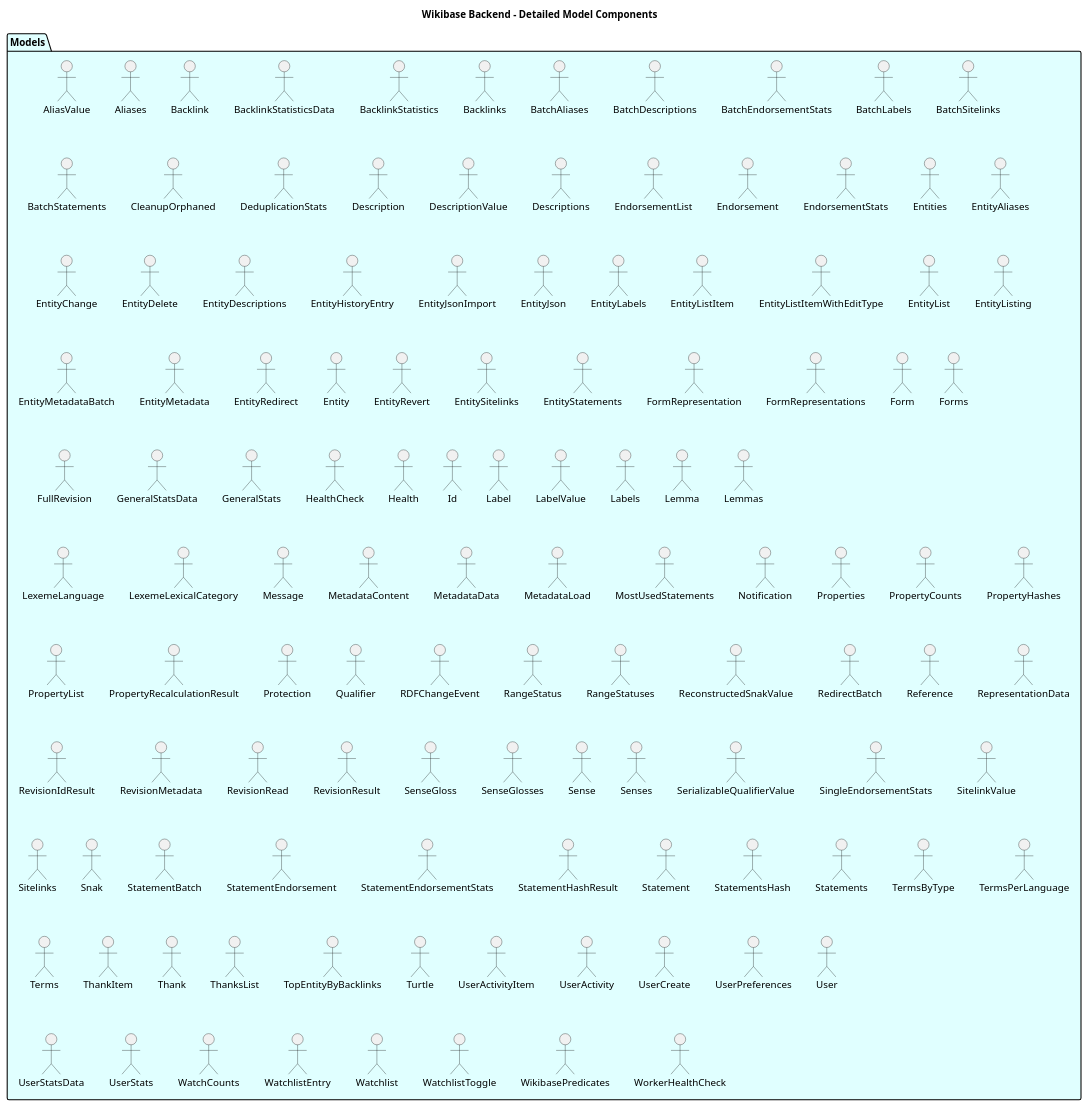
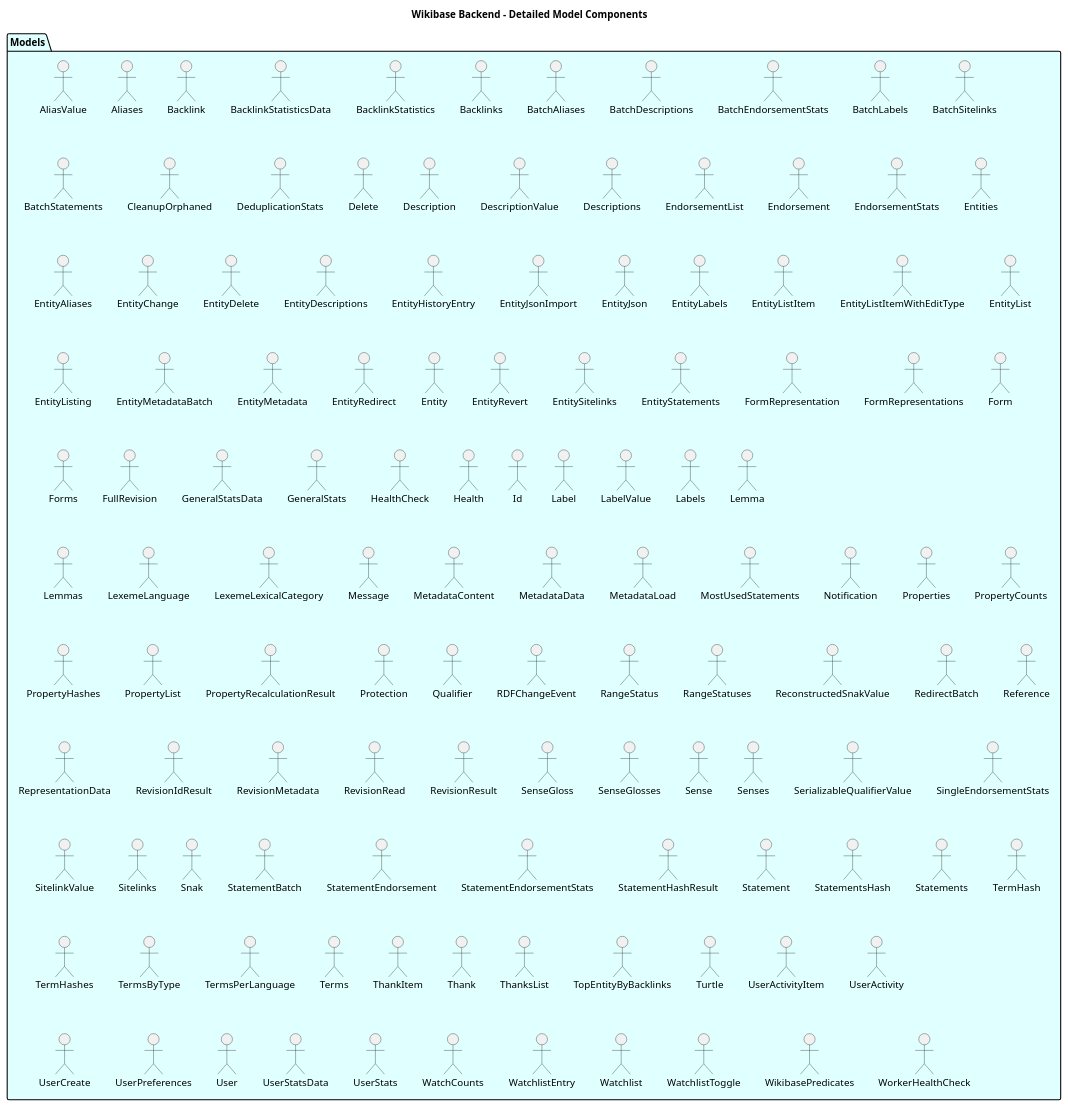
One commit to dpriskorn/entitybase-backend changed the diagram in docs/DIAGRAMS/detailed_model_components.puml. Above: the diagram before and after it, drawn with PlantUML. The commit also changed 15 other files, not shown here.

Commit message:
Update documentation: regenerate diagrams and TREE.md

```diff
--- a/docs/DIAGRAMS/detailed_model_components.puml
+++ b/docs/DIAGRAMS/detailed_model_components.puml
@@ -1,126 +1,129 @@
 @startuml Detailed Model Components
 
 title Wikibase Backend - Detailed Model Components
 
 package "Models" as Models #LightCyan {
     "AliasValue" as AliasValue
     "Aliases" as AliasesResponse
     "Backlink" as BacklinkResponse
     "BacklinkStatisticsData" as BacklinkStatisticsData
     "BacklinkStatistics" as BacklinkStatisticsResponse
     "Backlinks" as BacklinksResponse
     "BatchAliases" as BatchAliasesResponse
     "BatchDescriptions" as BatchDescriptionsResponse
     "BatchEndorsementStats" as BatchEndorsementStatsResponse
     "BatchLabels" as BatchLabelsResponse
     "BatchSitelinks" as BatchSitelinksResponse
     "BatchStatements" as BatchStatementsResponse
     "CleanupOrphaned" as CleanupOrphanedResponse
     "DeduplicationStats" as DeduplicationStatsResponse
+    "Delete" as DeleteResponse
     "Description" as DescriptionResponse
     "DescriptionValue" as DescriptionValue
     "Descriptions" as DescriptionsResponse
     "EndorsementList" as EndorsementListResponse
     "Endorsement" as EndorsementResponse
     "EndorsementStats" as EndorsementStatsResponse
     "Entities" as EntitiesResponse
     "EntityAliases" as EntityAliasesResponse
     "EntityChange" as EntityChange
     "EntityDelete" as EntityDeleteResponse
     "EntityDescriptions" as EntityDescriptionsResponse
     "EntityHistoryEntry" as EntityHistoryEntry
     "EntityJsonImport" as EntityJsonImportResponse
     "EntityJson" as EntityJsonResponse
     "EntityLabels" as EntityLabelsResponse
     "EntityListItem" as EntityListItem
     "EntityListItemWithEditType" as EntityListItemWithEditType
     "EntityList" as EntityListResponse
     "EntityListing" as EntityListing
     "EntityMetadataBatch" as EntityMetadataBatchResponse
     "EntityMetadata" as EntityMetadataResponse
     "EntityRedirect" as EntityRedirectResponse
     "Entity" as EntityResponse
     "EntityRevert" as EntityRevertResponse
     "EntitySitelinks" as EntitySitelinksResponse
     "EntityStatements" as EntityStatementsResponse
     "FormRepresentation" as FormRepresentationResponse
     "FormRepresentations" as FormRepresentationsResponse
     "Form" as FormResponse
     "Forms" as FormsResponse
     "FullRevision" as FullRevisionResponse
     "GeneralStatsData" as GeneralStatsData
     "GeneralStats" as GeneralStatsResponse
     "HealthCheck" as HealthCheckResponse
     "Health" as HealthResponse
     "Id" as IdResponse
     "Label" as LabelResponse
     "LabelValue" as LabelValue
     "Labels" as LabelsResponse
     "Lemma" as LemmaResponse
     "Lemmas" as LemmasResponse
     "LexemeLanguage" as LexemeLanguageResponse
     "LexemeLexicalCategory" as LexemeLexicalCategoryResponse
     "Message" as MessageResponse
     "MetadataContent" as MetadataContent
     "MetadataData" as MetadataData
     "MetadataLoad" as MetadataLoadResponse
     "MostUsedStatements" as MostUsedStatementsResponse
     "Notification" as NotificationResponse
     "Properties" as PropertiesResponse
     "PropertyCounts" as PropertyCountsResponse
     "PropertyHashes" as PropertyHashesResponse
     "PropertyList" as PropertyListResponse
     "PropertyRecalculationResult" as PropertyRecalculationResult
     "Protection" as ProtectionResponse
     "Qualifier" as QualifierResponse
     "RDFChangeEvent" as RDFChangeEvent
     "RangeStatus" as RangeStatus
     "RangeStatuses" as RangeStatuses
     "ReconstructedSnakValue" as ReconstructedSnakValue
     "RedirectBatch" as RedirectBatchResponse
     "Reference" as ReferenceResponse
     "RepresentationData" as RepresentationData
     "RevisionIdResult" as RevisionIdResult
     "RevisionMetadata" as RevisionMetadataResponse
     "RevisionRead" as RevisionReadResponse
     "RevisionResult" as RevisionResult
     "SenseGloss" as SenseGlossResponse
     "SenseGlosses" as SenseGlossesResponse
     "Sense" as SenseResponse
     "Senses" as SensesResponse
     "SerializableQualifierValue" as SerializableQualifierValue
     "SingleEndorsementStats" as SingleEndorsementStatsResponse
     "SitelinkValue" as SitelinkValue
     "Sitelinks" as SitelinksResponse
     "Snak" as SnakResponse
     "StatementBatch" as StatementBatchResponse
     "StatementEndorsement" as StatementEndorsementResponse
     "StatementEndorsementStats" as StatementEndorsementStats
     "StatementHashResult" as StatementHashResult
     "Statement" as StatementResponse
     "StatementsHash" as StatementsHashResponse
     "Statements" as StatementsResponse
+    "TermHash" as TermHashResponse
+    "TermHashes" as TermHashesResponse
     "TermsByType" as TermsByType
     "TermsPerLanguage" as TermsPerLanguage
     "Terms" as TermsResponse
     "ThankItem" as ThankItemResponse
     "Thank" as ThankResponse
     "ThanksList" as ThanksListResponse
     "TopEntityByBacklinks" as TopEntityByBacklinks
     "Turtle" as TurtleResponse
     "UserActivityItem" as UserActivityItemResponse
     "UserActivity" as UserActivityResponse
     "UserCreate" as UserCreateResponse
     "UserPreferences" as UserPreferencesResponse
     "User" as UserResponse
     "UserStatsData" as UserStatsData
     "UserStats" as UserStatsResponse
     "WatchCounts" as WatchCounts
     "WatchlistEntry" as WatchlistEntryResponse
     "Watchlist" as WatchlistResponse
     "WatchlistToggle" as WatchlistToggleResponse
     "WikibasePredicates" as WikibasePredicatesResponse
     "WorkerHealthCheck" as WorkerHealthCheckResponse
 }
 
 @enduml
```
